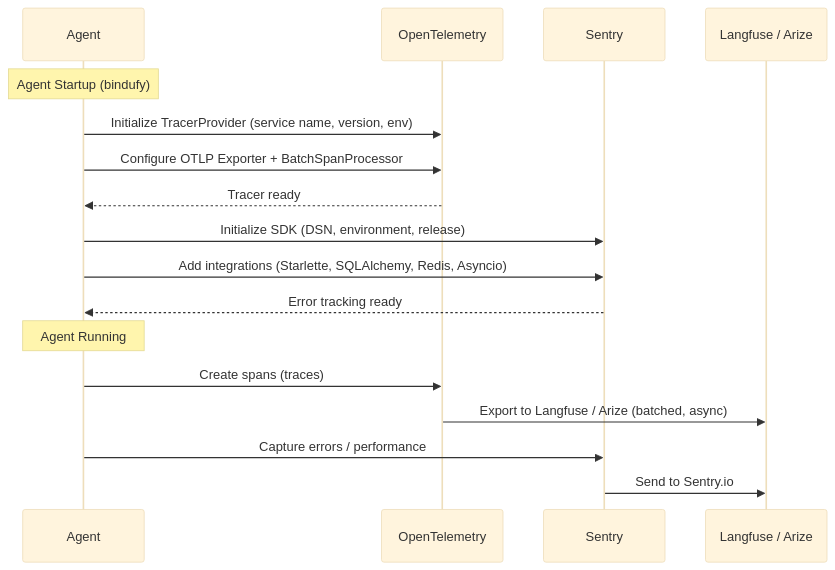
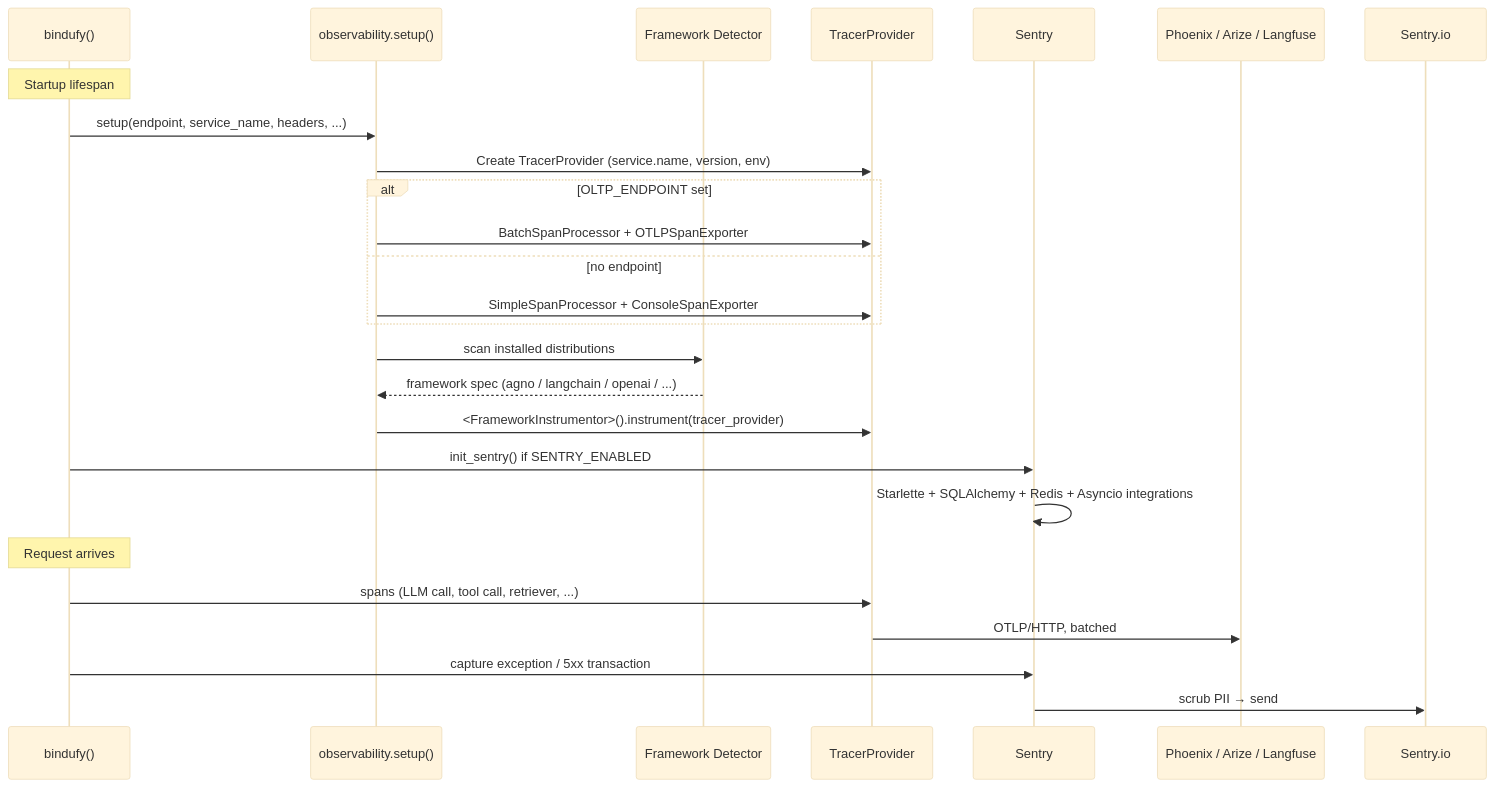
Before and after one commit to raahulrahl/docs: the diagram in bindu/learn/observability/overview.mdx, drawn with Mermaid (base theme). The commit also changed other lines of this file and 9 other files, not shown here.

````diff
--- a/bindu/learn/observability/overview.mdx
+++ b/bindu/learn/observability/overview.mdx
@@ -39,24 +44,31 @@
 ```mermaid
 sequenceDiagram
-    participant Agent
-    participant OTEL as OpenTelemetry
+    participant Bindufy as bindufy()
+    participant Setup as observability.setup()
+    participant Detect as Framework Detector
+    participant OTel as TracerProvider
     participant Sentry
-    participant Platform as Langfuse / Arize
+    participant Backend as Phoenix / Arize / Langfuse
+    participant SentryIO as Sentry.io
 
-    Note over Agent: Agent Startup (bindufy)
+    Note over Bindufy: Startup lifespan
+    Bindufy->>Setup: setup(endpoint, service_name, headers, ...)
+    Setup->>OTel: Create TracerProvider (service.name, version, env)
+    alt OLTP_ENDPOINT set
+        Setup->>OTel: BatchSpanProcessor + OTLPSpanExporter
+    else no endpoint
+        Setup->>OTel: SimpleSpanProcessor + ConsoleSpanExporter
+    end
+    Setup->>Detect: scan installed distributions
+    Detect-->>Setup: framework spec (agno / langchain / openai / ...)
+    Setup->>OTel: <FrameworkInstrumentor>().instrument(tracer_provider)
 
-    Agent->>OTEL: Initialize TracerProvider (service name, version, env)
-    Agent->>OTEL: Configure OTLP Exporter + BatchSpanProcessor
-    OTEL-->>Agent: Tracer ready
+    Bindufy->>Sentry: init_sentry() if SENTRY_ENABLED
+    Sentry->>Sentry: Starlette + SQLAlchemy + Redis + Asyncio integrations
 
-    Agent->>Sentry: Initialize SDK (DSN, environment, release)
-    Agent->>Sentry: Add integrations (Starlette, SQLAlchemy, Redis, Asyncio)
-    Sentry-->>Agent: Error tracking ready
-
-    Note over Agent: Agent Running
-
-    Agent->>OTEL: Create spans (traces)
-    OTEL->>Platform: Export to Langfuse / Arize (batched, async)
-    Agent->>Sentry: Capture errors / performance
-    Sentry->>Platform: Send to Sentry.io
+    Note over Bindufy: Request arrives
+    Bindufy->>OTel: spans (LLM call, tool call, retriever, ...)
+    OTel->>Backend: OTLP/HTTP, batched
+    Bindufy->>Sentry: capture exception / 5xx transaction
+    Sentry->>SentryIO: scrub PII → send
 ```
````
